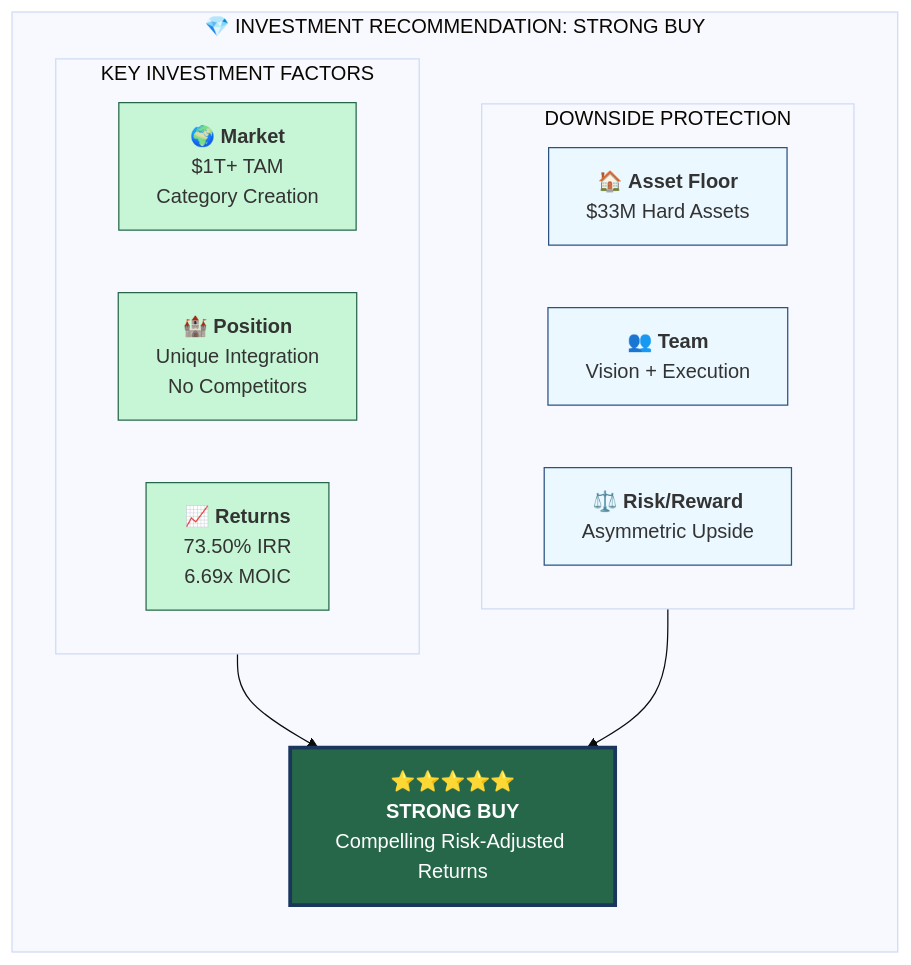
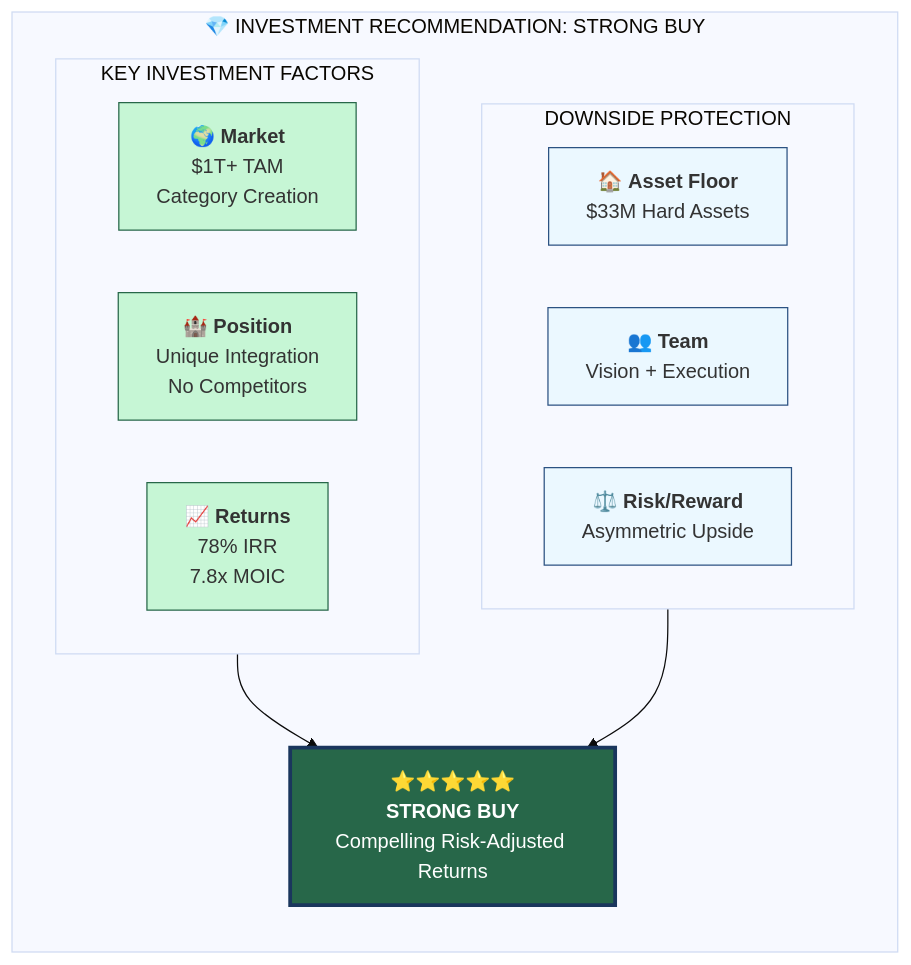
Before and after one commit to Light-Brands/epic-center: diagram 35 of 41 in docs/pitch-packet/AI_VALUATION_REPORT_VISUAL.md, drawn with Mermaid. The commit also changed other lines of this file and 27 other files, not shown here.

````diff
--- a/docs/pitch-packet/AI_VALUATION_REPORT_VISUAL.md
+++ b/docs/pitch-packet/AI_VALUATION_REPORT_VISUAL.md
@@ -1664,34 +1664,34 @@
 ```mermaid
 %%{init: {'theme': 'base'}}%%
 flowchart TB
     subgraph RECOMMENDATION["💎 INVESTMENT RECOMMENDATION: STRONG BUY"]
         direction TB
 
         subgraph FACTORS["KEY INVESTMENT FACTORS"]
             direction LR
             F1["🌍 <b>Market</b><br/>$1T+ TAM<br/>Category Creation"]
             F2["🏰 <b>Position</b><br/>Unique Integration<br/>No Competitors"]
-            F3["📈 <b>Returns</b><br/>73.50% IRR<br/>6.69x MOIC"]
+            F3["📈 <b>Returns</b><br/>78% IRR<br/>7.8x MOIC"]
         end
 
         subgraph PROTECTION["DOWNSIDE PROTECTION"]
             direction LR
             P1["🏠 <b>Asset Floor</b><br/>$33M Hard Assets"]
             P2["👥 <b>Team</b><br/>Vision + Execution"]
             P3["⚖️ <b>Risk/Reward</b><br/>Asymmetric Upside"]
         end
 
         VERDICT["⭐⭐⭐⭐⭐<br/><b>STRONG BUY</b><br/>Compelling Risk-Adjusted Returns"]
 
         FACTORS --> VERDICT
         PROTECTION --> VERDICT
     end
 
     style F1 fill:#c6f6d5,stroke:#276749
     style F2 fill:#c6f6d5,stroke:#276749
     style F3 fill:#c6f6d5,stroke:#276749
     style P1 fill:#ebf8ff,stroke:#2c5282
     style P2 fill:#ebf8ff,stroke:#2c5282
     style P3 fill:#ebf8ff,stroke:#2c5282
     style VERDICT fill:#276749,stroke:#1a365d,stroke-width:3px,color:#fff
 ```
````
